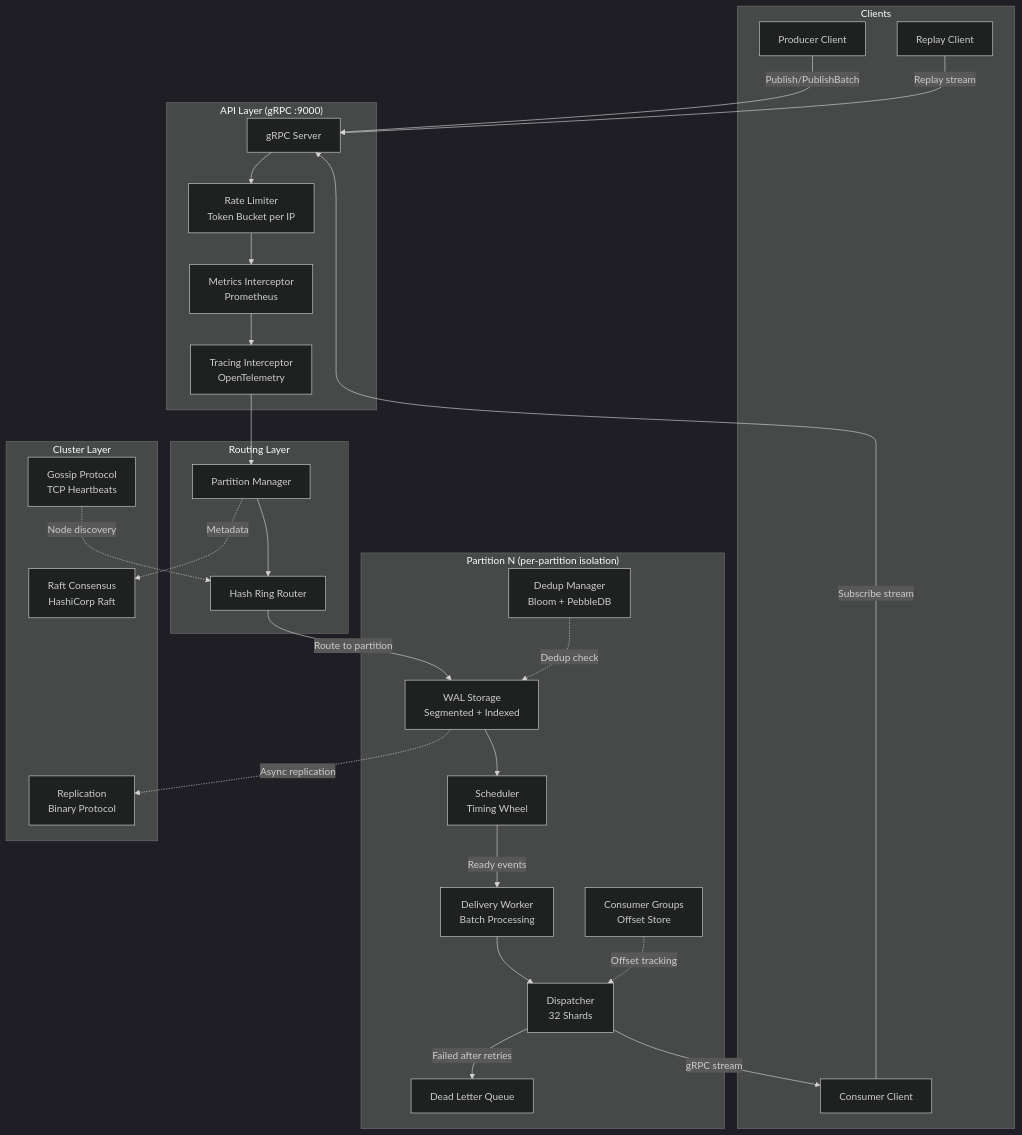
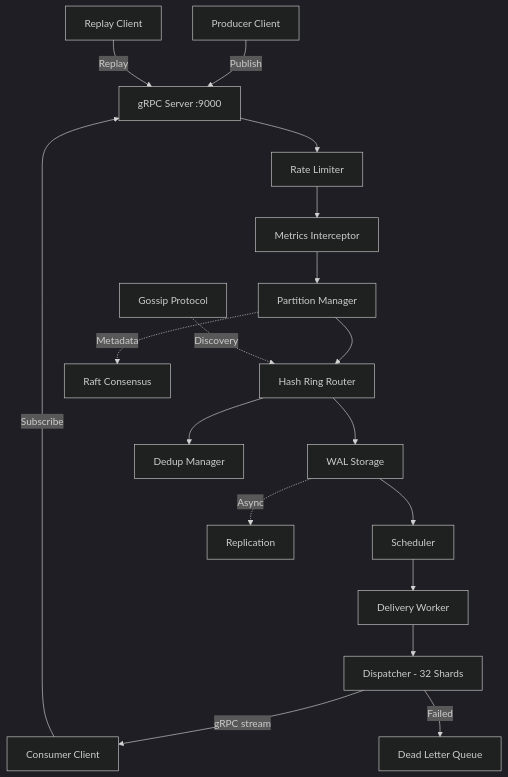
The second of 36 diagrams in ARCHITECTURE.md (jatin711-debug/cronos_db_golang), drawn with Mermaid (dark theme) before and after one commit. The commit also changed other lines of this file, not shown here.

First line of the commit message:
docs(architecture): simplify documentation structure and improve clarity

````diff
--- a/ARCHITECTURE.md
+++ b/ARCHITECTURE.md
@@ -73,54 +83,23 @@
 ```mermaid
 graph TB
-    subgraph Clients
-        C1[Producer Client]
-        C2[Consumer Client]
-        C3[Replay Client]
-    end
+    C1[Producer Client] -->|Publish| GW
+    C2[Consumer Client] -->|Subscribe| GW
+    C3[Replay Client] -->|Replay| GW
 
-    subgraph "API Layer (gRPC :9000)"
-        GW[gRPC Server]
-        RL[Rate Limiter<br/>Token Bucket per IP]
-        MT[Metrics Interceptor<br/>Prometheus]
-        TR[Tracing Interceptor<br/>OpenTelemetry]
-    end
+    GW[gRPC Server :9000] --> RL[Rate Limiter]
+    RL --> MT[Metrics Interceptor]
+    MT --> PM[Partition Manager]
+    PM --> HR[Hash Ring Router]
 
-    subgraph "Routing Layer"
-        PM[Partition Manager]
-        HR[Hash Ring Router]
-    end
+    HR --> WAL[WAL Storage]
+    HR --> DD[Dedup Manager]
+    WAL --> SCH[Scheduler]
+    SCH --> WRK[Delivery Worker]
+    WRK --> DSP[Dispatcher - 32 Shards]
+    DSP -->|gRPC stream| C2
+    DSP -->|Failed| DLQ[Dead Letter Queue]
 
-    subgraph "Partition N (per-partition isolation)"
-        WAL[WAL Storage<br/>Segmented + Indexed]
-        SCH[Scheduler<br/>Timing Wheel]
-        DD[Dedup Manager<br/>Bloom + PebbleDB]
-        DSP[Dispatcher<br/>32 Shards]
-        WRK[Delivery Worker<br/>Batch Processing]
-        CG[Consumer Groups<br/>Offset Store]
-        DLQ[Dead Letter Queue]
-    end
-
-    subgraph "Cluster Layer"
-        RAFT[Raft Consensus<br/>HashiCorp Raft]
-        GOSSIP[Gossip Protocol<br/>TCP Heartbeats]
-        REPL[Replication<br/>Binary Protocol]
-    end
-
-    C1 -->|Publish/PublishBatch| GW
-    C2 -->|Subscribe stream| GW
-    C3 -->|Replay stream| GW
-    GW --> RL --> MT --> TR
-    TR --> PM
-    PM --> HR
-    HR -->|Route to partition| WAL
-    WAL --> SCH
-    SCH -->|Ready events| WRK
-    WRK --> DSP
-    DSP -->|gRPC stream| C2
-    DSP -->|Failed after retries| DLQ
-    DD -.->|Dedup check| WAL
-    CG -.->|Offset tracking| DSP
-    WAL -.->|Async replication| REPL
-    PM -.->|Metadata| RAFT
-    GOSSIP -.->|Node discovery| HR
+    WAL -.->|Async| REPL[Replication]
+    PM -.->|Metadata| RAFT[Raft Consensus]
+    GOSSIP[Gossip Protocol] -.->|Discovery| HR
 ```
````
